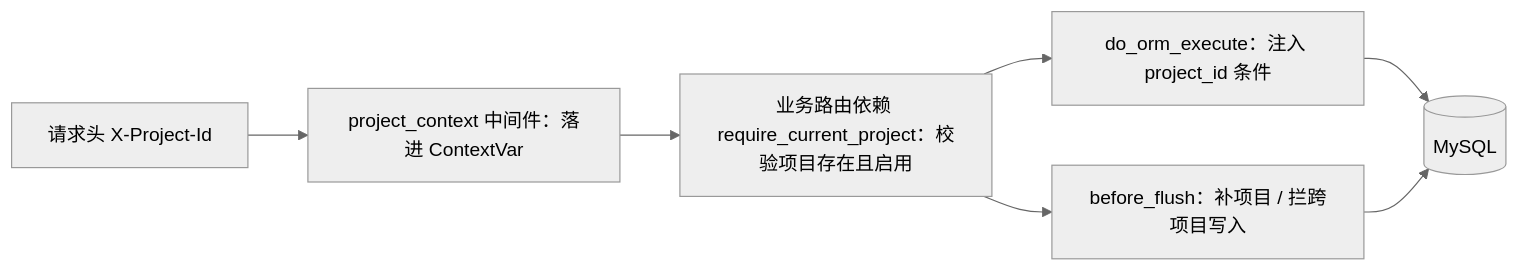
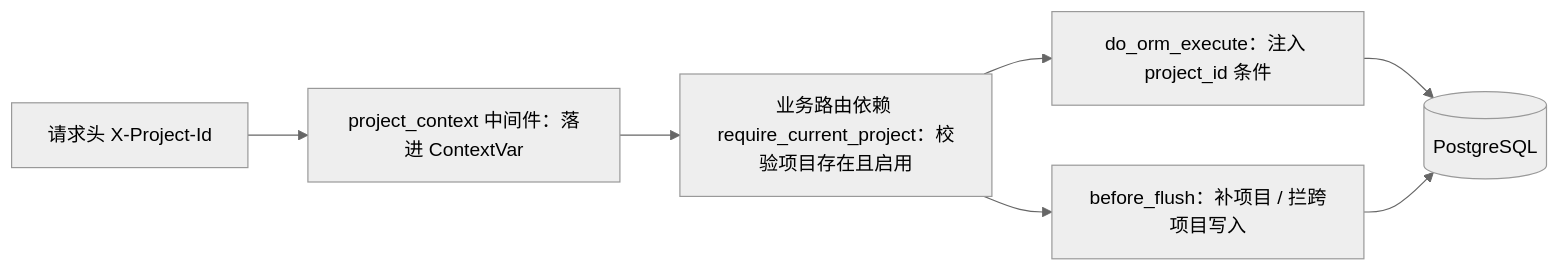
One commit to Sakana-1314/Electrical-Manager changed the second of 7 diagrams in docs/websites/pages/dev-architecture.md. Above: the diagram before and after it, drawn with Mermaid (neutral theme). The commit also changed other lines of this file and 30 other files, not shown here.

Commit message:
refactor: 数据库从 MySQL 切换为 PostgreSQL (#384)

````diff
--- a/docs/websites/pages/dev-architecture.md
+++ b/docs/websites/pages/dev-architecture.md
@@ -582,9 +582,9 @@
 ```mermaid
 flowchart LR
     H["请求头 X-Project-Id"] --> M["project_context 中间件：落进 ContextVar"]
     M --> D["业务路由依赖 require_current_project：校验项目存在且启用"]
     D --> ORM["do_orm_execute：注入 project_id 条件"]
     D --> F["before_flush：补项目 / 拦跨项目写入"]
-    ORM --> DB[("MySQL")]
+    ORM --> DB[("PostgreSQL")]
     F --> DB
 ```
````
